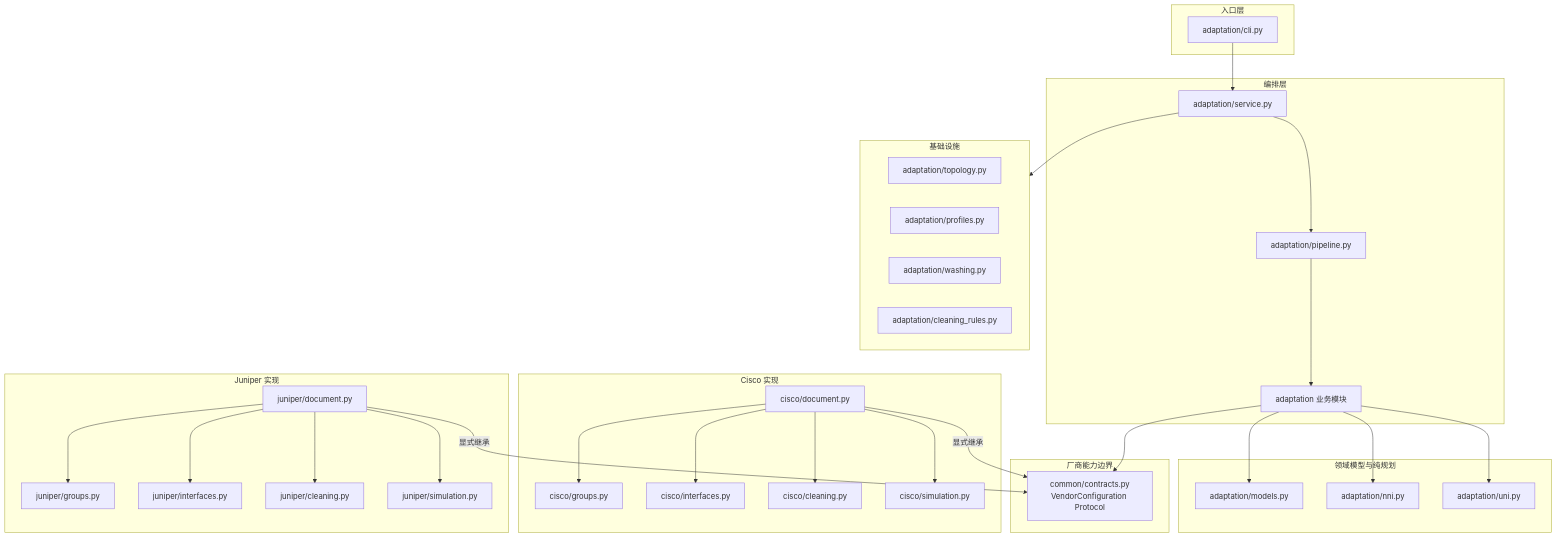
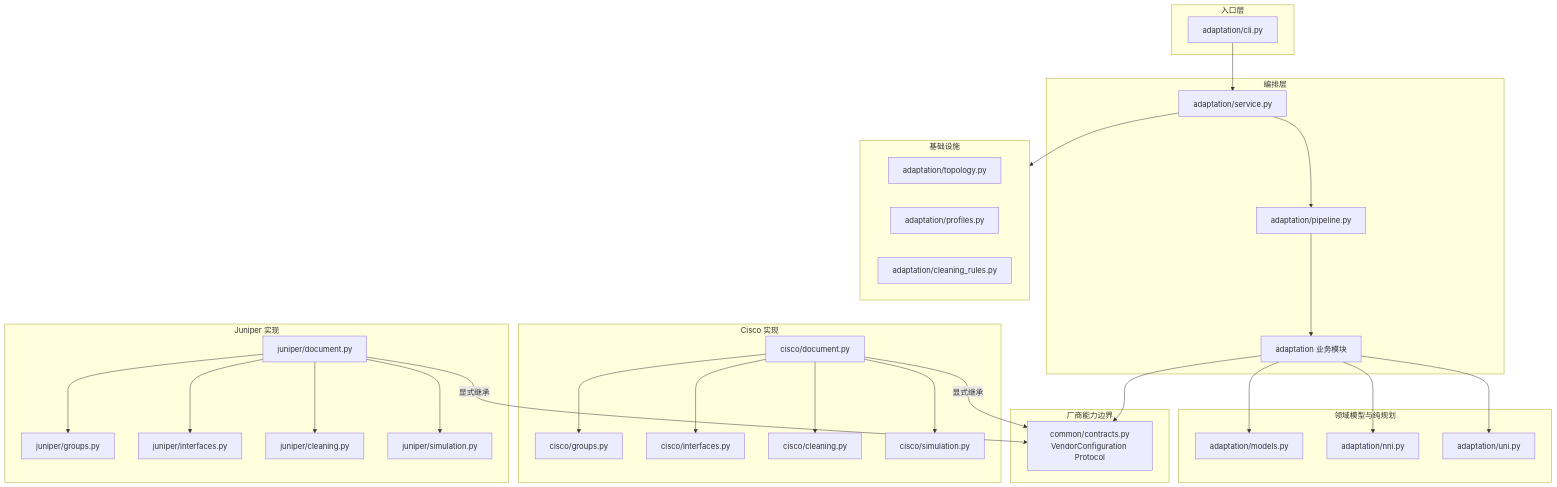
The fifth of 12 diagrams in docs/onboarding-guide.md (xiaobaozi01/config-mapping), drawn with Mermaid before and after one commit. The commit also changed other lines of this file and 12 other files, not shown here.

````diff
--- a/docs/onboarding-guide.md
+++ b/docs/onboarding-guide.md
@@ -226,64 +226,63 @@
 ```mermaid
 flowchart TB
     subgraph Delivery[入口层]
         CLI[adaptation/cli.py]
     end
 
     subgraph Orchestration[编排层]
         Entry[adaptation/service.py]
         Stages[adaptation 业务模块]
         AppPipe[adaptation/pipeline.py]
     end
 
     subgraph Domain[领域模型与纯规划]
         Models[adaptation/models.py]
         NniPlan[adaptation/nni.py]
         Vlan[adaptation/uni.py]
     end
 
     subgraph Port[厂商能力边界]
         API[common/contracts.py<br/>VendorConfiguration Protocol]
     end
 
     subgraph Cisco[Cisco 实现]
         CiscoParser[cisco/document.py]
         CiscoGroups[cisco/groups.py]
         CiscoInterfaces[cisco/interfaces.py]
         CiscoCleaning[cisco/cleaning.py]
         CiscoSimulation[cisco/simulation.py]
     end
 
     subgraph Juniper[Juniper 实现]
         JunosParser[juniper/document.py]
         JunosGroups[juniper/groups.py]
         JunosInterfaces[juniper/interfaces.py]
         JunosCleaning[juniper/cleaning.py]
         JunosSimulation[juniper/simulation.py]
     end
 
     subgraph IO[基础设施]
         Excel[adaptation/topology.py]
         Profiles[adaptation/profiles.py]
-        Washing[adaptation/washing.py]
         Rules[adaptation/cleaning_rules.py]
     end
 
     CLI --> Entry
     Entry --> IO
     Entry --> AppPipe
     AppPipe --> Stages
     Stages --> Models
     Stages --> NniPlan
     Stages --> Vlan
     Stages --> API
     CiscoParser -->|显式继承| API
     JunosParser -->|显式继承| API
     CiscoParser --> CiscoGroups
     CiscoParser --> CiscoInterfaces
     CiscoParser --> CiscoCleaning
     CiscoParser --> CiscoSimulation
     JunosParser --> JunosGroups
     JunosParser --> JunosInterfaces
     JunosParser --> JunosCleaning
     JunosParser --> JunosSimulation
 ```
````
